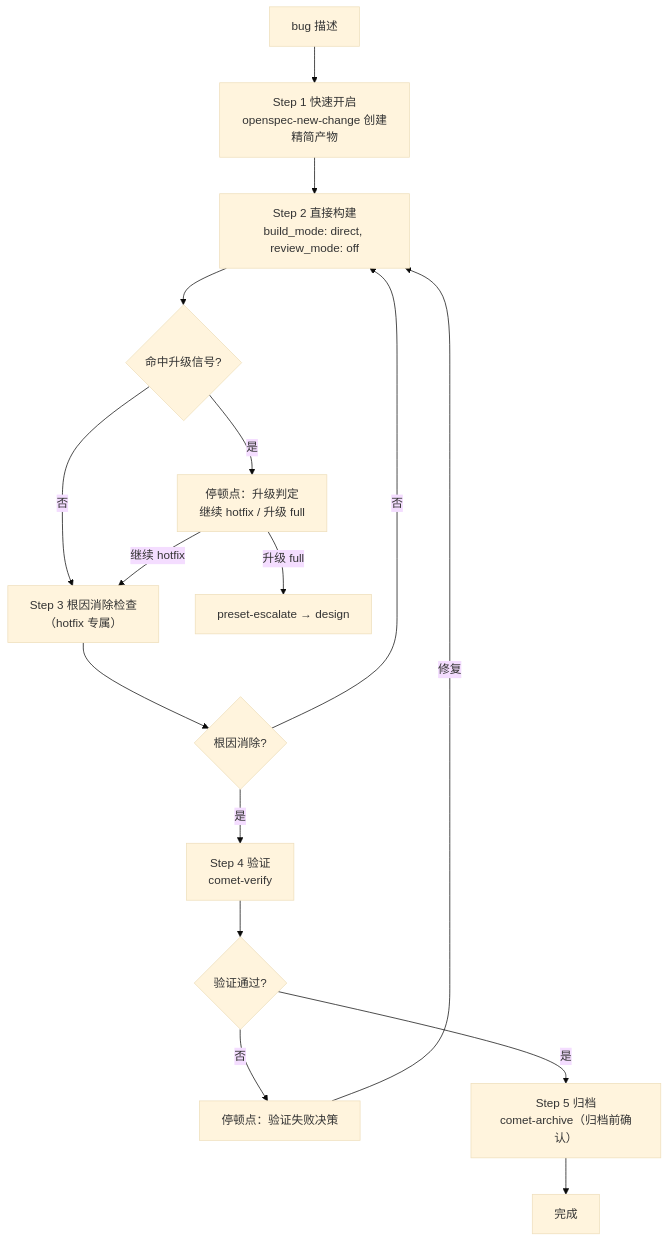
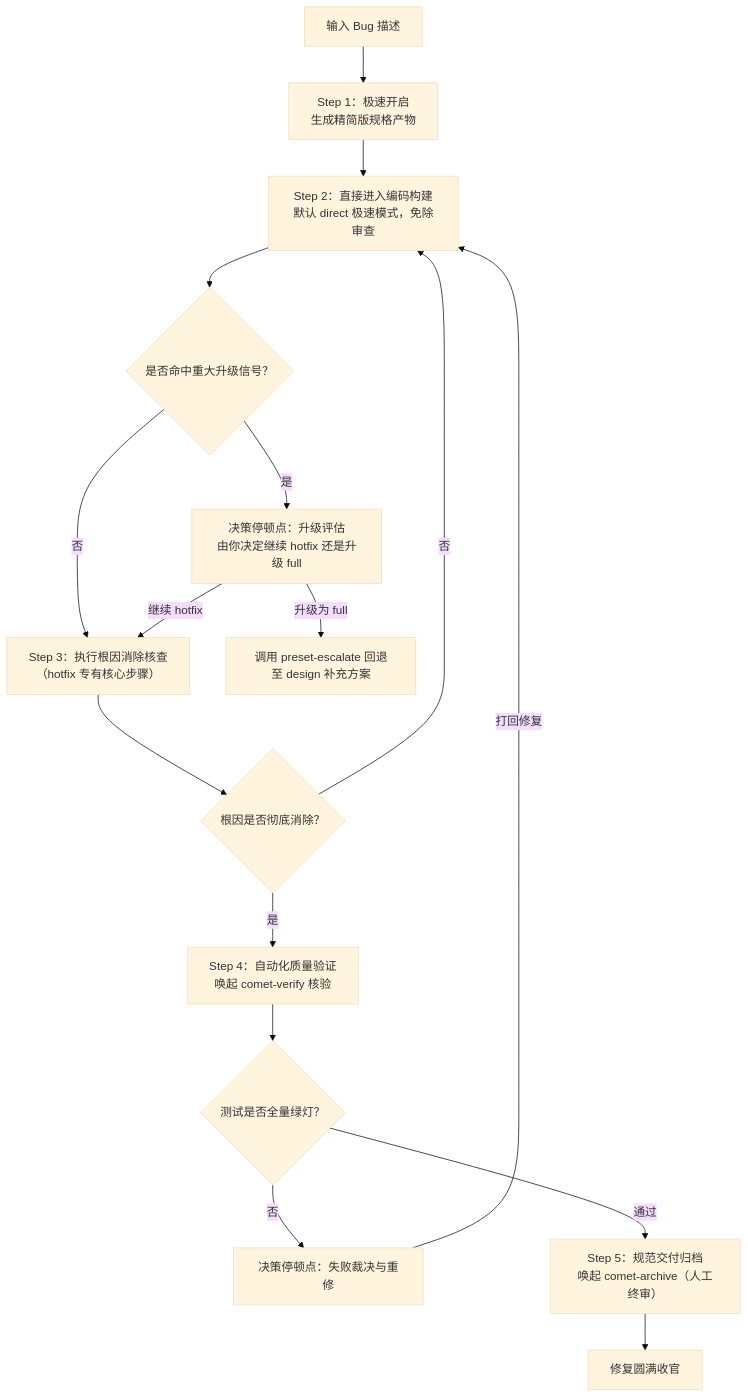
Before and after one commit to rpamis/comet-website-docs: the diagram in zh/presets/hotfix.mdx, drawn with Mermaid (base theme). The commit also changed other lines of this file and 76 other files, not shown here.

````diff
--- a/zh/presets/hotfix.mdx
+++ b/zh/presets/hotfix.mdx
@@ -71,18 +65,18 @@
 ```mermaid
 flowchart TD
-    Start["bug 描述"] --> S1["Step 1 快速开启<br/>openspec-new-change 创建精简产物"]
-    S1 --> S2["Step 2 直接构建<br/>build_mode: direct, review_mode: off"]
-    S2 --> Esc{"命中升级信号?"}
-    Esc -->|是| EscStop["停顿点：升级判定<br/>继续 hotfix / 升级 full"]
-    Esc -->|否| S3["Step 3 根因消除检查<br/>（hotfix 专属）"]
+    Start["输入 Bug 描述"] --> S1["Step 1：极速开启<br/>生成精简版规格产物"]
+    S1 --> S2["Step 2：直接进入编码构建<br/>默认 direct 极速模式，免除审查"]
+    S2 --> Esc{"是否命中重大升级信号？"}
+    Esc -->|是| EscStop["决策停顿点：升级评估<br/>由你决定继续 hotfix 还是升级 full"]
+    Esc -->|否| S3["Step 3：执行根因消除核查<br/>（hotfix 专有核心步骤）"]
     EscStop -->|继续 hotfix| S3
-    EscStop -->|升级 full| EscUp["preset-escalate → design"]
-    S3 --> Root{"根因消除?"}
+    EscStop -->|升级为 full| EscUp["调用 preset-escalate 回退至 design 补充方案"]
+    S3 --> Root{"根因是否彻底消除？"}
     Root -->|否| S2
-    Root -->|是| S4["Step 4 验证<br/>comet-verify"]
-    S4 --> Vf{"验证通过?"}
-    Vf -->|否| VfStop["停顿点：验证失败决策"]
-    VfStop -->|修复| S2
-    Vf -->|是| S5["Step 5 归档<br/>comet-archive（归档前确认）"]
-    S5 --> Done["完成"]
+    Root -->|是| S4["Step 4：自动化质量验证<br/>唤起 comet-verify 核验"]
+    S4 --> Vf{"测试是否全量绿灯？"}
+    Vf -->|否| VfStop["决策停顿点：失败裁决与重修"]
+    VfStop -->|打回修复| S2
+    Vf -->|通过| S5["Step 5：规范交付归档<br/>唤起 comet-archive（人工终审）"]
+    S5 --> Done["修复圆满收官"]
 ```
````
